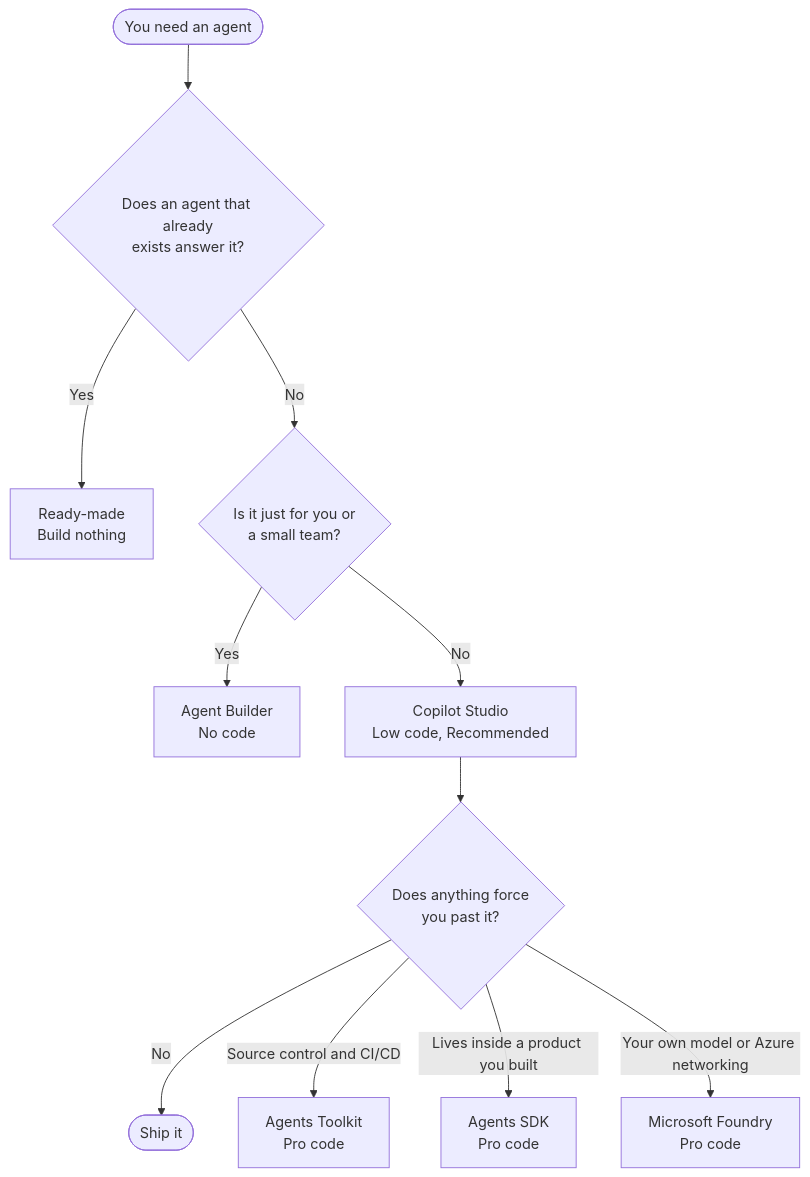
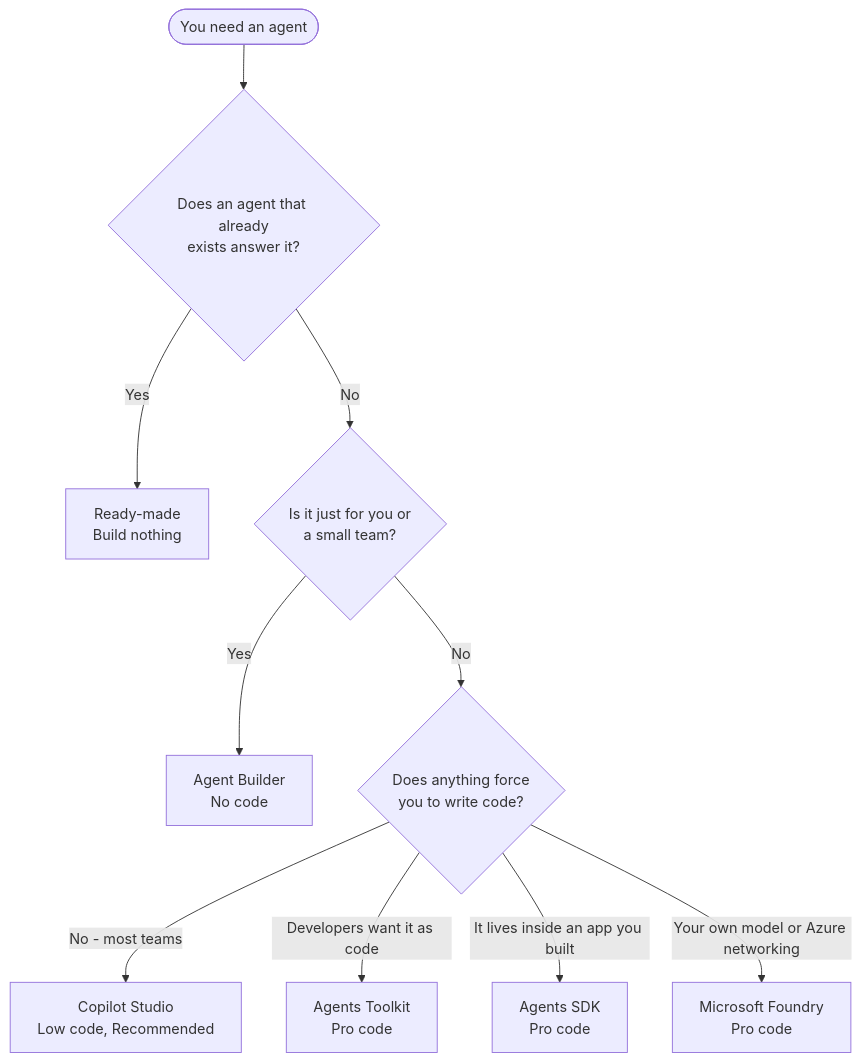
Before and after one commit to SSWConsulting/SSW.Rules.Content: the diagram in public/uploads/rules/ai-agent-platform/rule.mdx, drawn with Mermaid. The commit also changed other lines of this file, not shown here.

````diff
--- a/public/uploads/rules/ai-agent-platform/rule.mdx
+++ b/public/uploads/rules/ai-agent-platform/rule.mdx
@@ -50,13 +50,12 @@
 ```mermaid
 flowchart TD
     Start(["You need an agent"]) --> Q0{"Does an agent that already<br>exists answer it?"}
     Q0 -->|Yes| RM["Ready-made<br>Build nothing"]
     Q0 -->|No| Q1{"Is it just for you or<br>a small team?"}
     Q1 -->|Yes| AB["Agent Builder<br>No code"]
-    Q1 -->|No| CS["Copilot Studio<br>Low code, Recommended"]
-    CS --> Q2{"Does anything force<br>you past it?"}
-    Q2 -->|No| Ship(["Ship it"])
-    Q2 -->|"Source control and CI/CD"| TK["Agents Toolkit<br>Pro code"]
-    Q2 -->|"Lives inside a product you built"| SDK["Agents SDK<br>Pro code"]
+    Q1 -->|No| Q2{"Does anything force<br>you to write code?"}
+    Q2 -->|"No - most teams"| CS["Copilot Studio<br>Low code, Recommended"]
+    Q2 -->|"Developers want it as code"| TK["Agents Toolkit<br>Pro code"]
+    Q2 -->|"It lives inside an app you built"| SDK["Agents SDK<br>Pro code"]
     Q2 -->|"Your own model or Azure networking"| FD["Microsoft Foundry<br>Pro code"]
 ```
````
